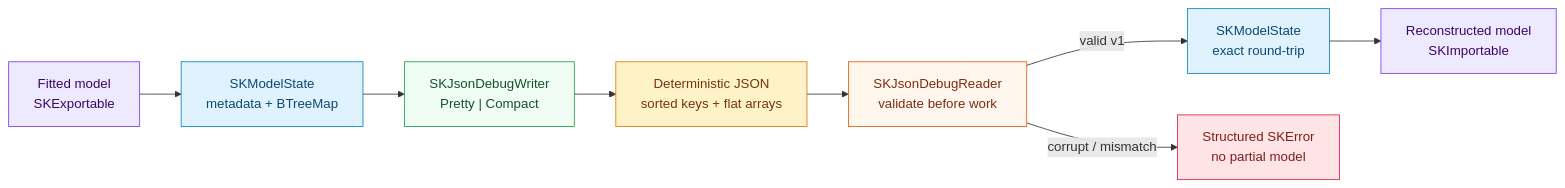
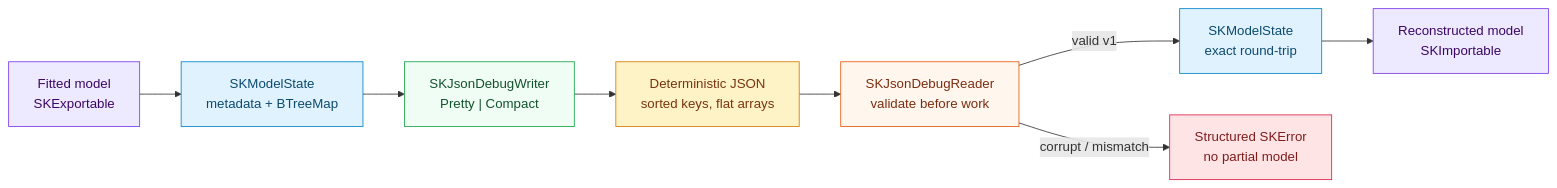
The diagram in docs/src/development-explained/ch45-json-debug-format.md (neurono-ml/sciencekit), drawn with Mermaid before and after one commit. The commit also changed other lines of this file, not shown here.

````diff
--- a/docs/src/development-explained/ch45-json-debug-format.md
+++ b/docs/src/development-explained/ch45-json-debug-format.md
@@ -27,20 +27,20 @@
 ```mermaid
 flowchart LR
     accTitle: JSON debug export, inspection and validated import pipeline
     accDescr: An SKExportable model produces an SKModelState, which SKJsonDebugWriter validates for finite scalars and renders as deterministic pretty or compact JSON. SKJsonDebugReader parses the JSON, validates format_version, dtypes, unique names and tensor shapes before reconstructing SKModelState and importing back into SKImportable.
 
     M1["Fitted model<br/>SKExportable"]:::violet --> S1["SKModelState<br/>metadata + BTreeMap"]:::blue
     S1 --> W["SKJsonDebugWriter<br/>Pretty | Compact"]:::green
-    W --> J["Deterministic JSON<br/>sorted keys + flat arrays"]:::amber
+    W --> J["Deterministic JSON<br/>sorted keys, flat arrays"]:::amber
     J --> R["SKJsonDebugReader<br/>validate before work"]:::orange
     R -->|"valid v1"| S2["SKModelState<br/>exact round-trip"]:::blue
     R -->|"corrupt / mismatch"| E["Structured SKError<br/>no partial model"]:::rose
     S2 --> M2["Reconstructed model<br/>SKImportable"]:::violet
 
     classDef blue fill:#e0f2fe,stroke:#0284c7,color:#0c4a6e
     classDef green fill:#f0fdf4,stroke:#16a34a,color:#14532d
     classDef orange fill:#fff7ed,stroke:#ea580c,color:#7c2d12
     classDef violet fill:#ede9fe,stroke:#7c3aed,color:#3b0764
     classDef amber fill:#fef3c7,stroke:#d97706,color:#78350f
     classDef rose fill:#ffe4e6,stroke:#e11d48,color:#7f1d1d
 ```
````
